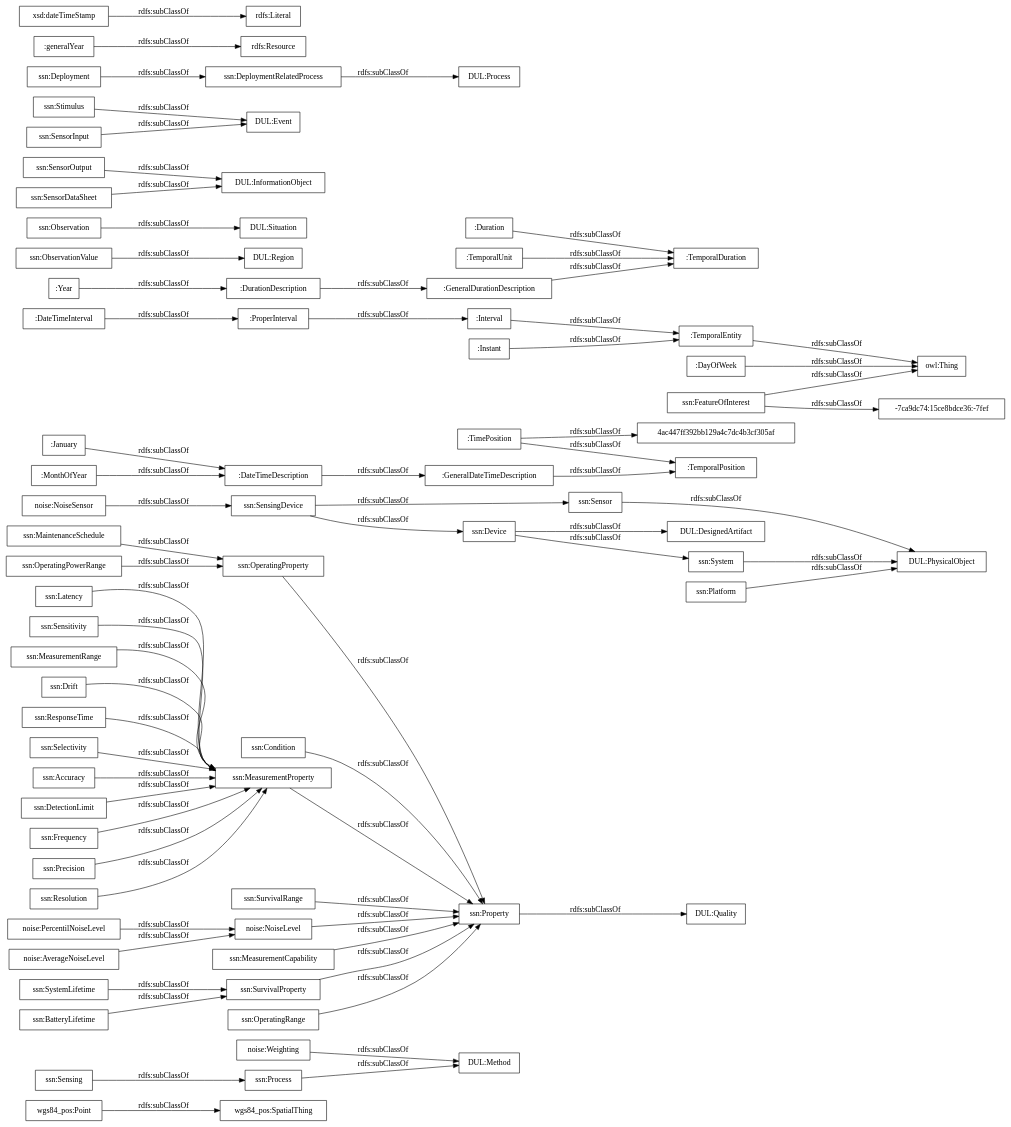
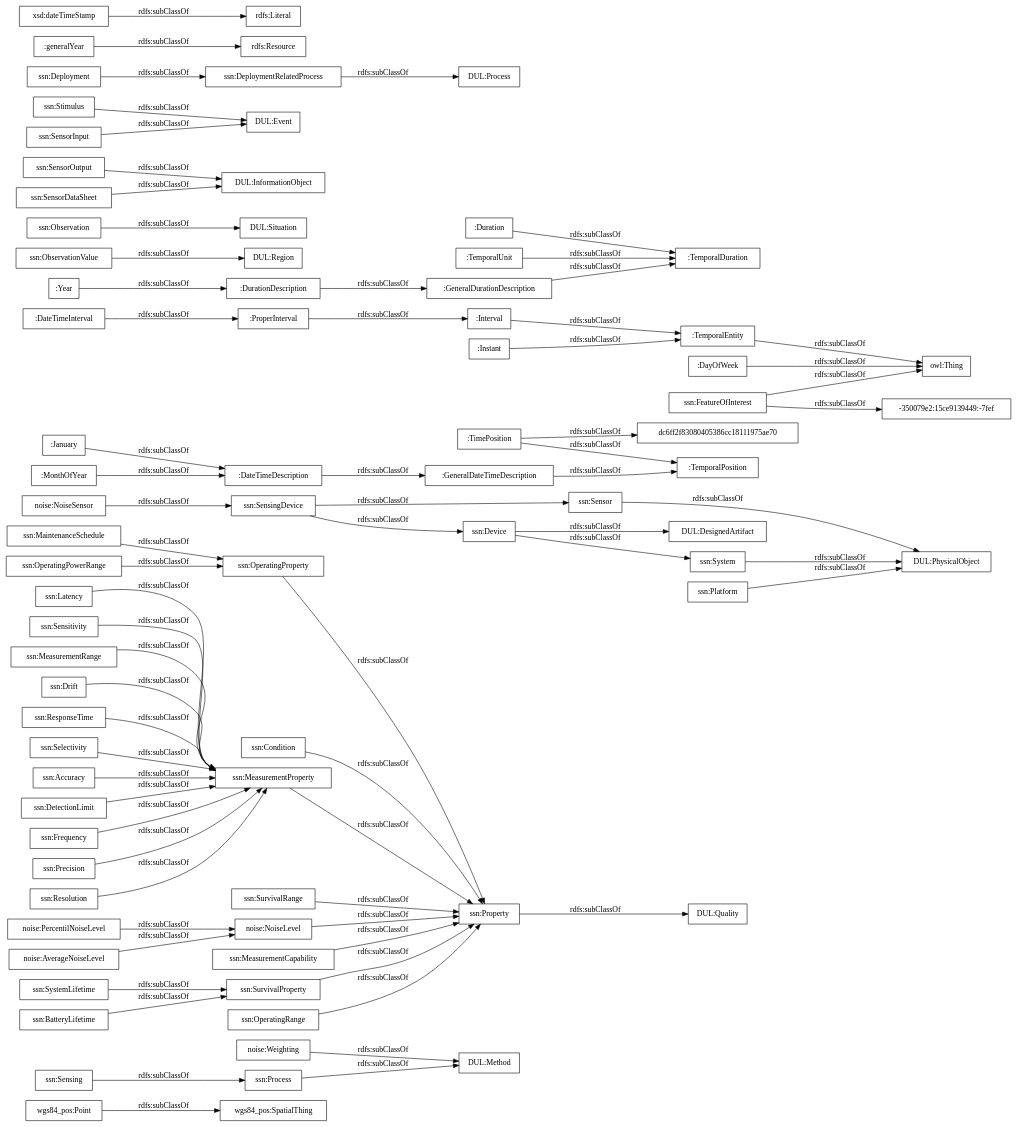
The diagram in OnToology/contaminacion-acustica.owl/diagrams/ar2dtool-taxonomy/contaminacion-acustica.owl.png.dot (paoespinozarias/ContaminacionAcustica-Ontology), drawn with Graphviz before and after one commit. The commit also changed 7 other files, not shown here.

```diff
--- a/OnToology/contaminacion-acustica.owl/diagrams/ar2dtool-taxonomy/contaminacion-acustica.owl.png.dot
+++ b/OnToology/contaminacion-acustica.owl/diagrams/ar2dtool-taxonomy/contaminacion-acustica.owl.png.dot
@@ -1,73 +1,73 @@
 digraph ar2dtool_diagram { 
 rankdir=LR;
 size="1000"
-node [shape = rectangle, color="black"]; "wgs84_pos:SpatialThing" "wgs84_pos:Point" "noise:Weighting" "noise:PercentilNoiseLevel" "noise:NoiseSensor" "noise:NoiseLevel" "noise:AverageNoiseLevel" ":GeneralDateTimeDescription" ":DateTimeInterval" ":DurationDescription" ":TemporalDuration" ":Duration" ":GeneralDurationDescription" ":January" ":ProperInterval" ":TimePosition" ":TemporalPosition" ":Interval" ":TemporalEntity" ":Year" "4ac447ff392bb129a4c7dc4b3cf305af" ":MonthOfYear" ":DateTimeDescription" ":TemporalUnit" ":Instant" ":DayOfWeek" "ssn:Accuracy" "ssn:DetectionLimit" "ssn:Frequency" "ssn:Condition" "DUL:Region" "DUL:Situation" "DUL:PhysicalObject" "ssn:SensorOutput" "ssn:Precision" "ssn:Resolution" "DUL:Quality" "ssn:FeatureOfInterest" "ssn:Sensor" "DUL:InformationObject" "ssn:OperatingProperty" "DUL:Event" "ssn:OperatingPowerRange" "-7ca9dc74:15ce8bdce36:-7fef" "DUL:Method" "ssn:MaintenanceSchedule" "ssn:Sensing" "ssn:Latency" "ssn:SurvivalRange" "ssn:SensingDevice" "DUL:DesignedArtifact" "ssn:Sensitivity" "ssn:Stimulus" "DUL:Process" "ssn:MeasurementRange" "ssn:System" "ssn:SystemLifetime" "ssn:Property" "ssn:MeasurementProperty" "ssn:Process" "ssn:Deployment" "ssn:MeasurementCapability" "ssn:BatteryLifetime" "ssn:Drift" "ssn:DeploymentRelatedProcess" "ssn:SensorInput" "ssn:ResponseTime" "ssn:ObservationValue" "ssn:SensorDataSheet" "ssn:Observation" "ssn:Selectivity" "ssn:SurvivalProperty" "ssn:Device" "ssn:OperatingRange" "ssn:Platform" ; /*classes style*/
+node [shape = rectangle, color="black"]; "wgs84_pos:SpatialThing" "wgs84_pos:Point" "noise:Weighting" "noise:PercentilNoiseLevel" "noise:NoiseSensor" "noise:NoiseLevel" "noise:AverageNoiseLevel" ":GeneralDateTimeDescription" ":DateTimeInterval" ":DurationDescription" ":TemporalDuration" ":Duration" ":GeneralDurationDescription" ":January" ":ProperInterval" ":TimePosition" ":TemporalPosition" ":Interval" "dc6ff2f83080405386cc18111975ae70" ":TemporalEntity" ":Year" ":MonthOfYear" ":DateTimeDescription" ":TemporalUnit" ":Instant" ":DayOfWeek" "ssn:Accuracy" "ssn:DetectionLimit" "ssn:Frequency" "ssn:Condition" "DUL:Region" "DUL:Situation" "DUL:PhysicalObject" "ssn:SensorOutput" "ssn:Precision" "ssn:Resolution" "DUL:Quality" "ssn:FeatureOfInterest" "ssn:Sensor" "DUL:InformationObject" "ssn:OperatingProperty" "DUL:Event" "ssn:OperatingPowerRange" "DUL:Method" "ssn:MaintenanceSchedule" "ssn:Sensing" "ssn:Latency" "ssn:SurvivalRange" "ssn:SensingDevice" "DUL:DesignedArtifact" "ssn:Sensitivity" "ssn:Stimulus" "DUL:Process" "ssn:MeasurementRange" "ssn:System" "ssn:SystemLifetime" "ssn:Property" "ssn:MeasurementProperty" "ssn:Process" "ssn:Deployment" "ssn:MeasurementCapability" "ssn:BatteryLifetime" "ssn:Drift" "ssn:DeploymentRelatedProcess" "ssn:SensorInput" "ssn:ResponseTime" "ssn:ObservationValue" "ssn:SensorDataSheet" "ssn:Observation" "ssn:Selectivity" "ssn:SurvivalProperty" "ssn:Device" "ssn:OperatingRange" "-350079e2:15ce9139449:-7fef" "ssn:Platform" ; /*classes style*/
 	":DateTimeDescription" -> ":GeneralDateTimeDescription" [ label = "rdfs:subClassOf" ];
 	"noise:AverageNoiseLevel" -> "noise:NoiseLevel" [ label = "rdfs:subClassOf" ];
 	"ssn:Deployment" -> "ssn:DeploymentRelatedProcess" [ label = "rdfs:subClassOf" ];
 	"ssn:SensingDevice" -> "ssn:Sensor" [ label = "rdfs:subClassOf" ];
 	"ssn:SensingDevice" -> "ssn:Device" [ label = "rdfs:subClassOf" ];
 	"ssn:DeploymentRelatedProcess" -> "DUL:Process" [ label = "rdfs:subClassOf" ];
 	"ssn:Accuracy" -> "ssn:MeasurementProperty" [ label = "rdfs:subClassOf" ];
 	":Instant" -> ":TemporalEntity" [ label = "rdfs:subClassOf" ];
 	"ssn:FeatureOfInterest" -> "owl:Thing" [ label = "rdfs:subClassOf" ];
-	"ssn:FeatureOfInterest" -> "-7ca9dc74:15ce8bdce36:-7fef" [ label = "rdfs:subClassOf" ];
+	"ssn:FeatureOfInterest" -> "-350079e2:15ce9139449:-7fef" [ label = "rdfs:subClassOf" ];
 	"ssn:Latency" -> "ssn:MeasurementProperty" [ label = "rdfs:subClassOf" ];
 	"ssn:Process" -> "DUL:Method" [ label = "rdfs:subClassOf" ];
 	"noise:Weighting" -> "DUL:Method" [ label = "rdfs:subClassOf" ];
 	":ProperInterval" -> ":Interval" [ label = "rdfs:subClassOf" ];
 	"ssn:Property" -> "DUL:Quality" [ label = "rdfs:subClassOf" ];
 	"ssn:MeasurementProperty" -> "ssn:Property" [ label = "rdfs:subClassOf" ];
 	"wgs84_pos:Point" -> "wgs84_pos:SpatialThing" [ label = "rdfs:subClassOf" ];
 	":MonthOfYear" -> ":DateTimeDescription" [ label = "rdfs:subClassOf" ];
 	"ssn:ResponseTime" -> "ssn:MeasurementProperty" [ label = "rdfs:subClassOf" ];
 	"ssn:OperatingRange" -> "ssn:Property" [ label = "rdfs:subClassOf" ];
 	"noise:NoiseLevel" -> "ssn:Property" [ label = "rdfs:subClassOf" ];
 	"ssn:MeasurementRange" -> "ssn:MeasurementProperty" [ label = "rdfs:subClassOf" ];
 	"ssn:Stimulus" -> "DUL:Event" [ label = "rdfs:subClassOf" ];
 	":Duration" -> ":TemporalDuration" [ label = "rdfs:subClassOf" ];
 	"ssn:SurvivalProperty" -> "ssn:Property" [ label = "rdfs:subClassOf" ];
 	"ssn:MaintenanceSchedule" -> "ssn:OperatingProperty" [ label = "rdfs:subClassOf" ];
 	"ssn:SensorInput" -> "DUL:Event" [ label = "rdfs:subClassOf" ];
-	":TimePosition" -> "4ac447ff392bb129a4c7dc4b3cf305af" [ label = "rdfs:subClassOf" ];
+	":TimePosition" -> "dc6ff2f83080405386cc18111975ae70" [ label = "rdfs:subClassOf" ];
 	":TimePosition" -> ":TemporalPosition" [ label = "rdfs:subClassOf" ];
 	":TemporalEntity" -> "owl:Thing" [ label = "rdfs:subClassOf" ];
 	"ssn:Sensitivity" -> "ssn:MeasurementProperty" [ label = "rdfs:subClassOf" ];
 	"ssn:Drift" -> "ssn:MeasurementProperty" [ label = "rdfs:subClassOf" ];
 	"ssn:System" -> "DUL:PhysicalObject" [ label = "rdfs:subClassOf" ];
 	":GeneralDurationDescription" -> ":TemporalDuration" [ label = "rdfs:subClassOf" ];
 	"ssn:Resolution" -> "ssn:MeasurementProperty" [ label = "rdfs:subClassOf" ];
 	"ssn:Precision" -> "ssn:MeasurementProperty" [ label = "rdfs:subClassOf" ];
 	"noise:PercentilNoiseLevel" -> "noise:NoiseLevel" [ label = "rdfs:subClassOf" ];
 	"ssn:DetectionLimit" -> "ssn:MeasurementProperty" [ label = "rdfs:subClassOf" ];
 	":DateTimeInterval" -> ":ProperInterval" [ label = "rdfs:subClassOf" ];
 	"ssn:Sensor" -> "DUL:PhysicalObject" [ label = "rdfs:subClassOf" ];
 	"ssn:SensorDataSheet" -> "DUL:InformationObject" [ label = "rdfs:subClassOf" ];
 	"ssn:OperatingPowerRange" -> "ssn:OperatingProperty" [ label = "rdfs:subClassOf" ];
 	"noise:NoiseSensor" -> "ssn:SensingDevice" [ label = "rdfs:subClassOf" ];
 	":Interval" -> ":TemporalEntity" [ label = "rdfs:subClassOf" ];
 	":GeneralDateTimeDescription" -> ":TemporalPosition" [ label = "rdfs:subClassOf" ];
 	":January" -> ":DateTimeDescription" [ label = "rdfs:subClassOf" ];
 	"ssn:ObservationValue" -> "DUL:Region" [ label = "rdfs:subClassOf" ];
 	":DayOfWeek" -> "owl:Thing" [ label = "rdfs:subClassOf" ];
 	"ssn:Device" -> "DUL:DesignedArtifact" [ label = "rdfs:subClassOf" ];
 	"ssn:Device" -> "ssn:System" [ label = "rdfs:subClassOf" ];
 	"ssn:Platform" -> "DUL:PhysicalObject" [ label = "rdfs:subClassOf" ];
 	":Year" -> ":DurationDescription" [ label = "rdfs:subClassOf" ];
 	":DurationDescription" -> ":GeneralDurationDescription" [ label = "rdfs:subClassOf" ];
 	"ssn:OperatingProperty" -> "ssn:Property" [ label = "rdfs:subClassOf" ];
 	":generalYear" -> "rdfs:Resource" [ label = "rdfs:subClassOf" ];
 	"ssn:Selectivity" -> "ssn:MeasurementProperty" [ label = "rdfs:subClassOf" ];
 	"ssn:BatteryLifetime" -> "ssn:SurvivalProperty" [ label = "rdfs:subClassOf" ];
 	":TemporalUnit" -> ":TemporalDuration" [ label = "rdfs:subClassOf" ];
 	"ssn:Observation" -> "DUL:Situation" [ label = "rdfs:subClassOf" ];
 	"ssn:Sensing" -> "ssn:Process" [ label = "rdfs:subClassOf" ];
 	"ssn:SystemLifetime" -> "ssn:SurvivalProperty" [ label = "rdfs:subClassOf" ];
 	"ssn:SurvivalRange" -> "ssn:Property" [ label = "rdfs:subClassOf" ];
 	"ssn:Frequency" -> "ssn:MeasurementProperty" [ label = "rdfs:subClassOf" ];
 	"ssn:SensorOutput" -> "DUL:InformationObject" [ label = "rdfs:subClassOf" ];
 	"ssn:Condition" -> "ssn:Property" [ label = "rdfs:subClassOf" ];
 	"xsd:dateTimeStamp" -> "rdfs:Literal" [ label = "rdfs:subClassOf" ];
 	"ssn:MeasurementCapability" -> "ssn:Property" [ label = "rdfs:subClassOf" ];
 
 }
```
